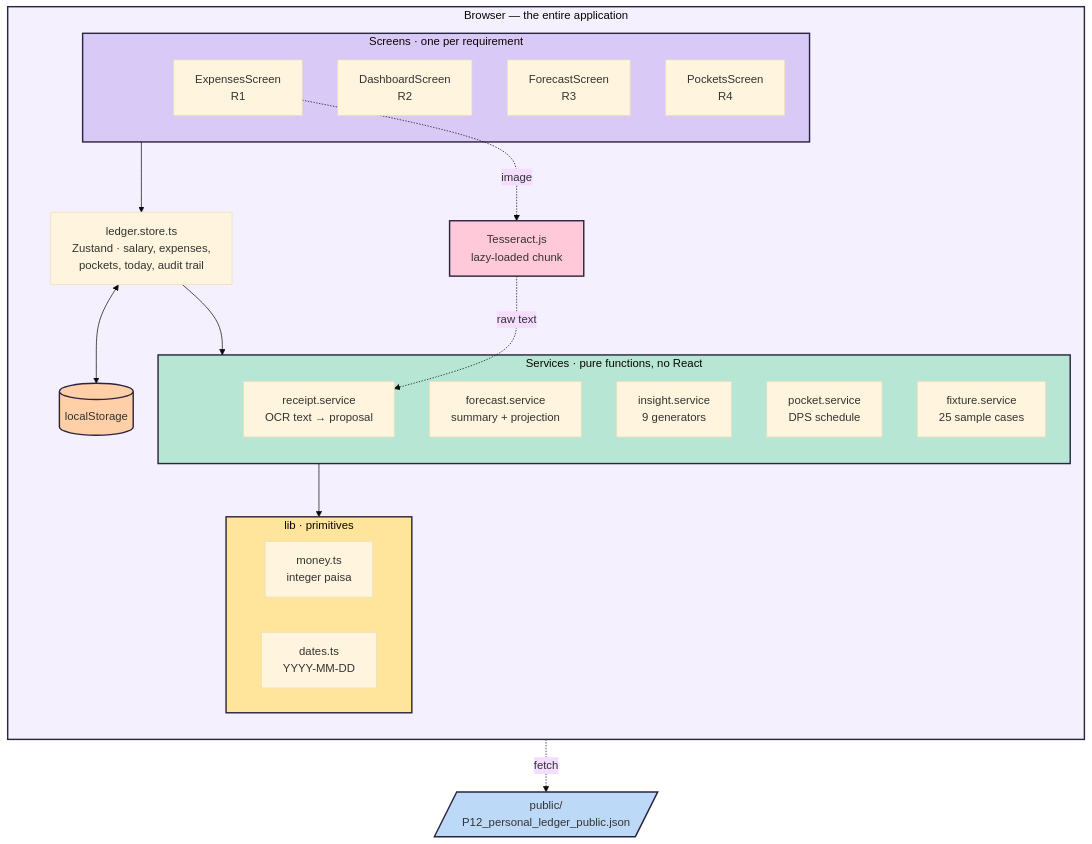
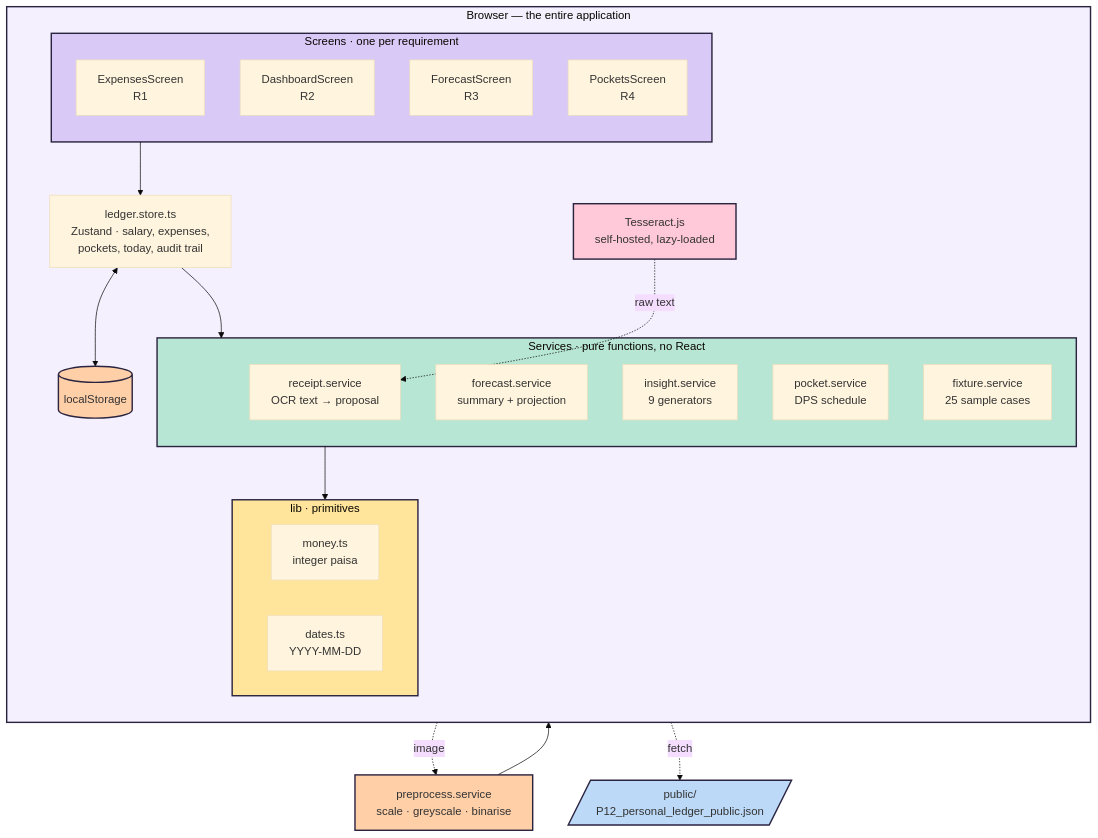
One commit to AuvroIslam/lsh26-t033-p12 changed the first of 6 diagrams in README.md. Above: the diagram before and after it, drawn with Mermaid (base theme). The commit also changed other lines of this file, not shown here.

Commit message:
Reflect preprocessing and self-hosting in the README diagrams

````diff
--- a/README.md
+++ b/README.md
@@ -37,49 +37,51 @@
 ```mermaid
 flowchart TB
     subgraph browser["Browser — the entire application"]
         direction TB
 
         subgraph screens["Screens · one per requirement"]
             S1["ExpensesScreen<br/>R1"]
             S2["DashboardScreen<br/>R2"]
             S3["ForecastScreen<br/>R3"]
             S4["PocketsScreen<br/>R4"]
         end
 
         store["ledger.store.ts<br/>Zustand · salary, expenses,<br/>pockets, today, audit trail"]
 
         subgraph services["Services · pure functions, no React"]
             SV1["receipt.service<br/>OCR text → proposal"]
             SV2["forecast.service<br/>summary + projection"]
             SV3["insight.service<br/>9 generators"]
             SV4["pocket.service<br/>DPS schedule"]
             SV5["fixture.service<br/>25 sample cases"]
         end
 
         subgraph libs["lib · primitives"]
             L1["money.ts<br/>integer paisa"]
             L2["dates.ts<br/>YYYY-MM-DD"]
         end
 
         storage[("localStorage")]
-        ocr["Tesseract.js<br/>lazy-loaded chunk"]
+        ocr["Tesseract.js<br/>self-hosted, lazy-loaded"]
     end
 
     fixture[/"public/<br/>P12_personal_ledger_public.json"/]
 
     screens --> store
     store --> services
     services --> libs
     store <--> storage
-    S1 -.image.-> ocr
+    S1 -.image.-> pre["preprocess.service<br/>scale · greyscale · binarise"]
+    pre --> ocr
     ocr -.raw text.-> SV1
     SV5 -.fetch.-> fixture
 
     style browser fill:#f4f0fd,stroke:#2b2440,stroke-width:2px
     style screens fill:#d9c9f7,stroke:#2b2440,stroke-width:2px
     style services fill:#b8e6d4,stroke:#2b2440,stroke-width:2px
     style libs fill:#ffe49b,stroke:#2b2440,stroke-width:2px
     style storage fill:#ffcfa8,stroke:#2b2440,stroke-width:2px
     style ocr fill:#ffc9d9,stroke:#2b2440,stroke-width:2px
+    style pre fill:#ffcfa8,stroke:#2b2440,stroke-width:2px
     style fixture fill:#bcd9f7,stroke:#2b2440,stroke-width:2px
 ```
````
